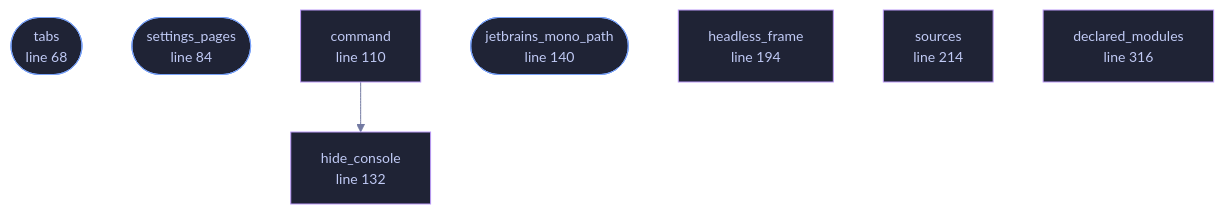
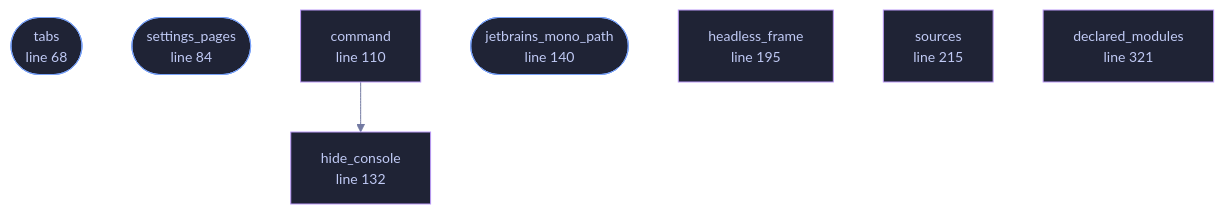
Before and after one commit to tilas01/veilvoice: the diagram in docs/files/veilvoice-gui/lib.md, drawn with Mermaid. The commit also changed other lines of this file and 63 other files, not shown here.

````diff
--- a/docs/files/veilvoice-gui/lib.md
+++ b/docs/files/veilvoice-gui/lib.md
@@ -106,27 +106,27 @@
 ```mermaid
 %%{init: {"theme":"base","themeVariables":{"background":"#1a1b26","primaryColor":"#1f2335","primaryTextColor":"#c0caf5","primaryBorderColor":"#7aa2f7","secondaryColor":"#16161e","tertiaryColor":"#16161e","lineColor":"#737aa2","textColor":"#c0caf5","mainBkg":"#1f2335","nodeBorder":"#7aa2f7","clusterBkg":"#16161e","clusterBorder":"#2f3549","fontFamily":"ui-monospace, SFMono-Regular, Consolas, monospace","fontSize":"14px"}}}%%
 flowchart TD
     n_tabs(["tabs<br/>line 68"])
     n_settings_pages(["settings_pages<br/>line 84"])
     n_command["command<br/>line 110"]
     n_hide_console["hide_console<br/>line 122"]
     n_hide_console["hide_console<br/>line 132"]
     n_jetbrains_mono_path(["jetbrains_mono_path<br/>line 140"])
-    n_headless_frame["headless_frame<br/>line 194"]
-    n_sources["sources<br/>line 214"]
-    n_declared_modules["declared_modules<br/>line 316"]
+    n_headless_frame["headless_frame<br/>line 195"]
+    n_sources["sources<br/>line 215"]
+    n_declared_modules["declared_modules<br/>line 321"]
     n_command --> n_hide_console
     click n_tabs href "https://github.com/tilas01/veilvoice/blob/main/crates/veilvoice-gui/src/lib.rs#L68" "open the source"
     click n_settings_pages href "https://github.com/tilas01/veilvoice/blob/main/crates/veilvoice-gui/src/lib.rs#L84" "open the source"
     click n_command href "https://github.com/tilas01/veilvoice/blob/main/crates/veilvoice-gui/src/lib.rs#L110" "open the source"
     click n_hide_console href "https://github.com/tilas01/veilvoice/blob/main/crates/veilvoice-gui/src/lib.rs#L122" "open the source"
     click n_hide_console href "https://github.com/tilas01/veilvoice/blob/main/crates/veilvoice-gui/src/lib.rs#L132" "open the source"
     click n_jetbrains_mono_path href "https://github.com/tilas01/veilvoice/blob/main/crates/veilvoice-gui/src/lib.rs#L140" "open the source"
-    click n_headless_frame href "https://github.com/tilas01/veilvoice/blob/main/crates/veilvoice-gui/src/lib.rs#L194" "open the source"
-    click n_sources href "https://github.com/tilas01/veilvoice/blob/main/crates/veilvoice-gui/src/lib.rs#L214" "open the source"
-    click n_declared_modules href "https://github.com/tilas01/veilvoice/blob/main/crates/veilvoice-gui/src/lib.rs#L316" "open the source"
+    click n_headless_frame href "https://github.com/tilas01/veilvoice/blob/main/crates/veilvoice-gui/src/lib.rs#L195" "open the source"
+    click n_sources href "https://github.com/tilas01/veilvoice/blob/main/crates/veilvoice-gui/src/lib.rs#L215" "open the source"
+    click n_declared_modules href "https://github.com/tilas01/veilvoice/blob/main/crates/veilvoice-gui/src/lib.rs#L321" "open the source"
     classDef entry fill:#1f2335,stroke:#7aa2f7,color:#c0caf5
     class n_tabs,n_settings_pages,n_jetbrains_mono_path entry
     classDef helper fill:#1f2335,stroke:#bb9af7,color:#c0caf5
     class n_command,n_hide_console,n_hide_console,n_headless_frame,n_sources,n_declared_modules helper
 ```
````
